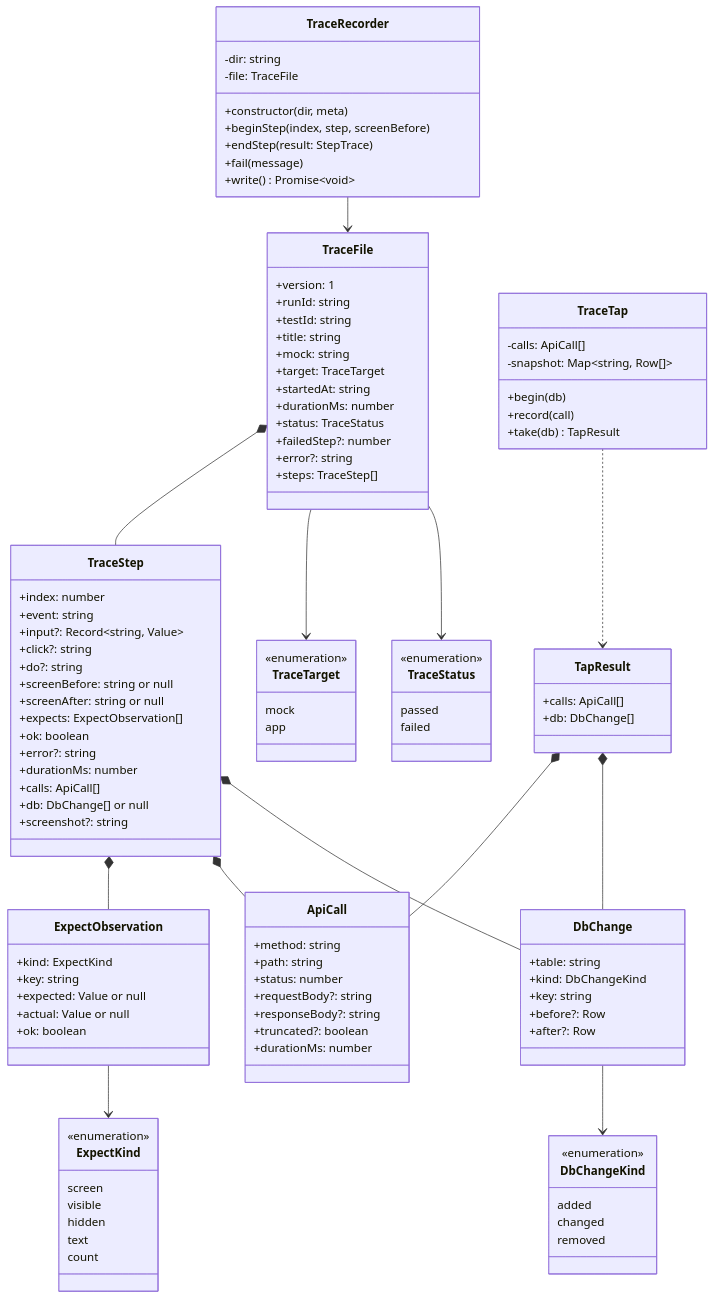
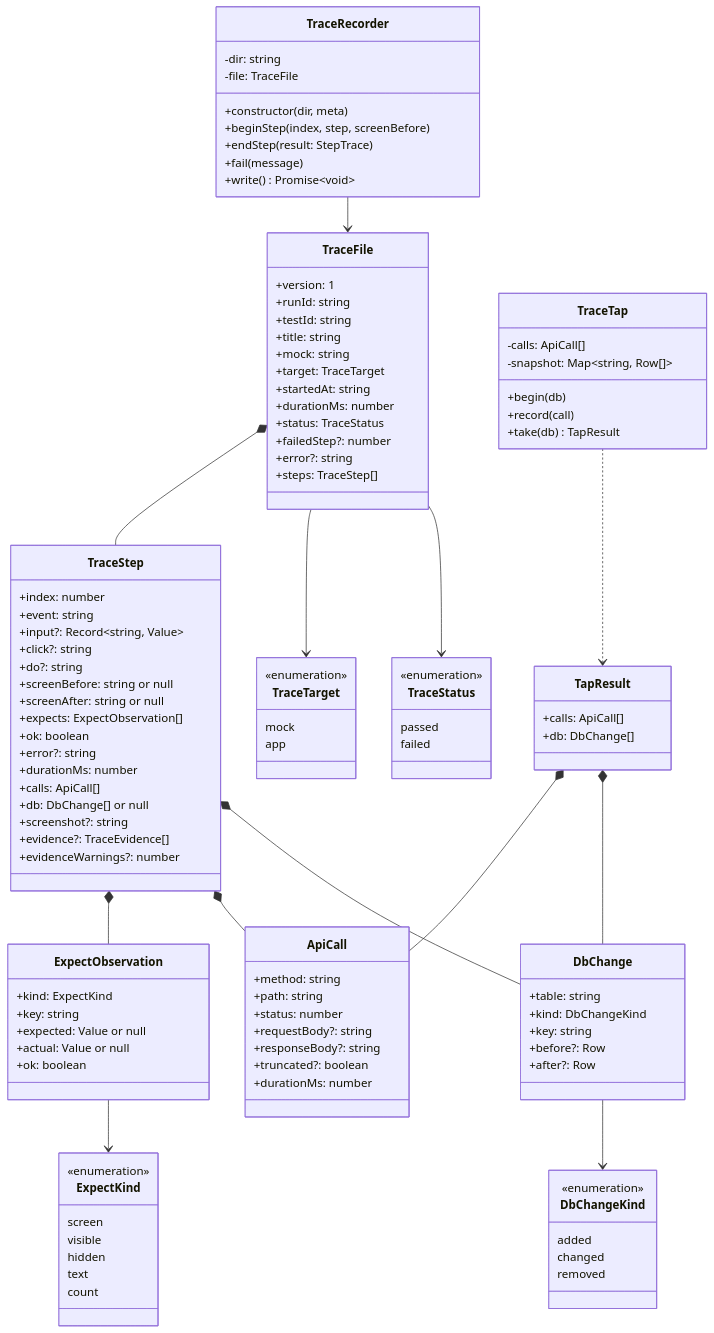
The first of 6 diagrams in docs/design/detailed/trace-recorder.md (p-o-ke-nae/design-document), drawn with Mermaid before and after one commit. The commit also changed other lines of this file and 18 other files, not shown here.

```diff
--- a/docs/design/detailed/trace-recorder.md
+++ b/docs/design/detailed/trace-recorder.md
@@ -48,6 +48,8 @@
     +calls: ApiCall[]
     +db: DbChange[] or null
     +screenshot?: string
+    +evidence?: TraceEvidence[]
+    +evidenceWarnings?: number
   }
   class ExpectObservation {
     +kind: ExpectKind
```
